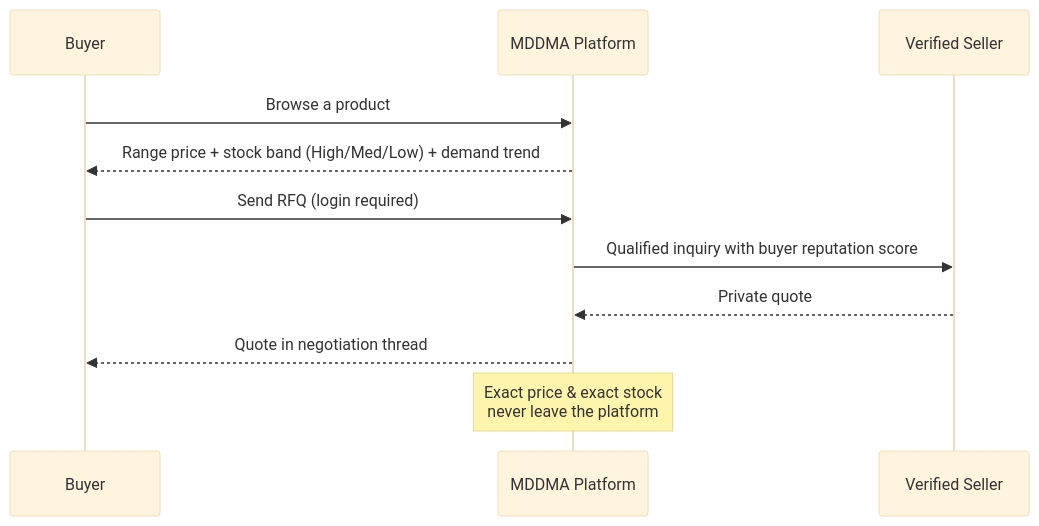
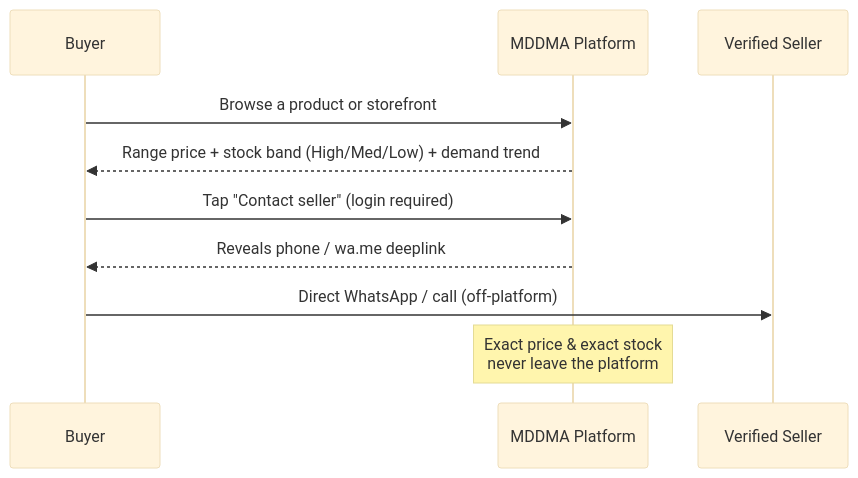
Before and after one commit to arka97/mddma-test: the first of 2 diagrams in src/content/docs/01-vision-and-pitch.md, drawn with Mermaid (base theme). The commit also changed other lines of this file and 6 other files, not shown here.

````diff
--- a/src/content/docs/01-vision-and-pitch.md
+++ b/src/content/docs/01-vision-and-pitch.md
@@ -27,13 +27,12 @@
 ```mermaid
 sequenceDiagram
     participant B as Buyer
     participant P as MDDMA Platform
     participant S as Verified Seller
-    B->>P: Browse a product
+    B->>P: Browse a product or storefront
     P-->>B: Range price + stock band (High/Med/Low) + demand trend
-    B->>P: Send RFQ (login required)
-    P->>S: Qualified inquiry with buyer reputation score
-    S-->>P: Private quote
-    P-->>B: Quote in negotiation thread
+    B->>P: Tap "Contact seller" (login required)
+    P-->>B: Reveals phone / wa.me deeplink
+    B->>S: Direct WhatsApp / call (off-platform)
     Note over P: Exact price & exact stock<br/>never leave the platform
 ```
````
